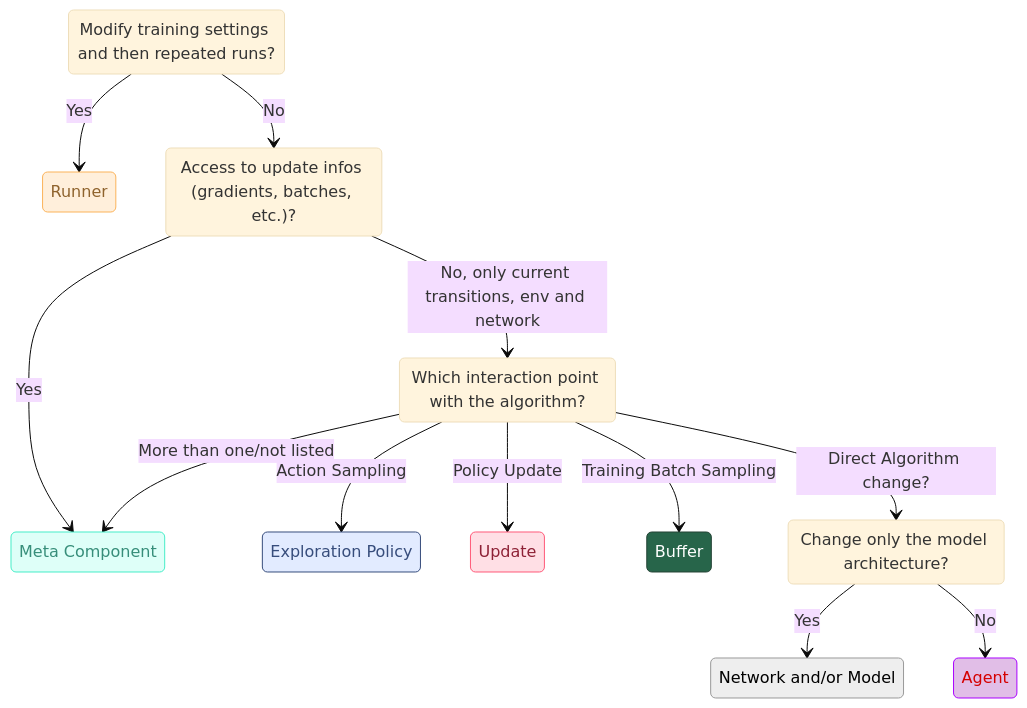
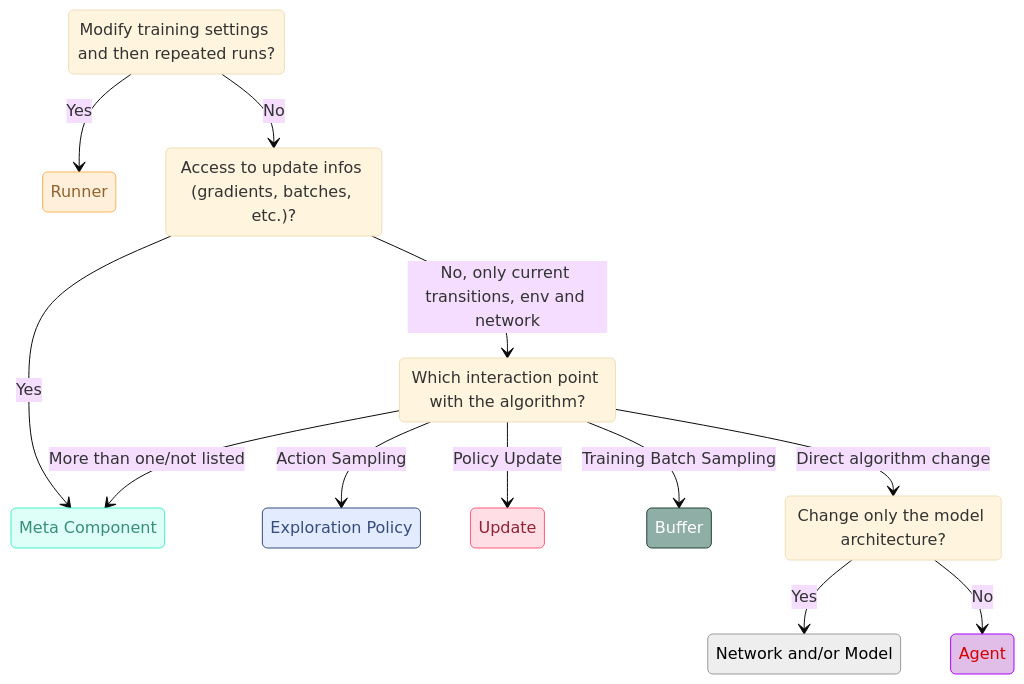
Before and after one commit to nobodyPerfecZ/Mighty: the diagram in docs/package_structure.md, drawn with Mermaid (base theme). The commit also changed 1 other file, not shown here.

Commit message:
finetune figures

````diff
--- a/docs/package_structure.md
+++ b/docs/package_structure.md
@@ -6,41 +6,42 @@
 ``` mermaid
 stateDiagram
   direction TB
   classDef Peach stroke-width:1px,stroke-dasharray:none,stroke:#FBB35A,fill:#FFEFDB,color:#8F632D;
   classDef Aqua stroke-width:1px,stroke-dasharray:none,stroke:#46EDC8,fill:#DEFFF8,color:#378E7A;
   classDef Sky stroke-width:1px,stroke-dasharray:none,stroke:#374D7C,fill:#E2EBFF,color:#374D7C;
-  classDef Pine stroke-width:1px,stroke-dasharray:none,stroke:#254336,fill:#27654A,color:#FFFFFF;
+  classDef Pine stroke-width:1px,stroke-dasharray:none,stroke:#254336,fill:#8faea5,color:#FFFFFF;
   classDef Rose stroke-width:1px,stroke-dasharray:none,stroke:#FF5978,fill:#FFDFE5,color:#8E2236;
   classDef Ash stroke-width:1px,stroke-dasharray:none,stroke:#999999,fill:#EEEEEE,color:#000000;
   classDef Seven fill:#E1BEE7,color:#D50000,stroke:#AA00FF;
   Still --> root_end:Yes
   Still --> Moving:No
   Moving --> Crash:Yes
   Moving --> s2:No, only current transitions, env and network
   s2 --> s6:Action Sampling
   s2 --> s10:Policy Update
   s2 --> s8:Training Batch Sampling
   s2 --> Crash:More than one/not listed
-  s2 --> s12:Direct Algorithm change?
+  s2 --> s12:Direct algorithm change
   s12 --> s13:Yes
   s12 --> s14:No
   Still:Modify training settings and then repeated runs?
   root_end:Runner
   Moving:Access to update infos (gradients, batches, etc.)?
   Crash:Meta Component
   s2:Which interaction point with the algorithm?
   s6:Exploration Policy
   s10:Update
   s8:Buffer
   s12:Change only the model architecture?
   s13:Network and/or Model
   s14:Agent
   class root_end Peach
   class Crash Aqua
   class s6 Sky
   class s8 Pine
   class s10 Rose
   class s13 Ash
   class s14 Seven
   style root_end color:none
+  style s8 color:#FFFFFF
 ```
````
